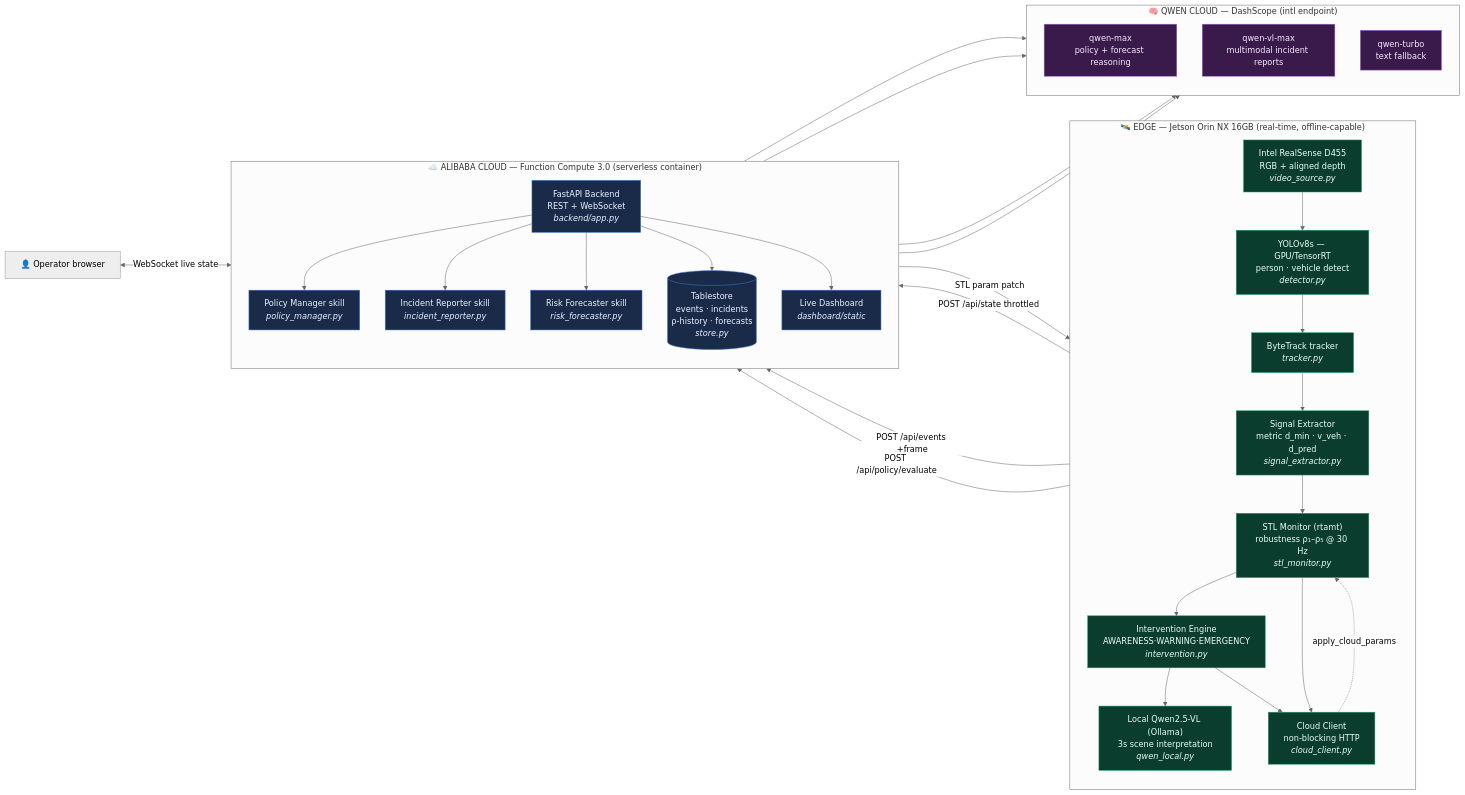
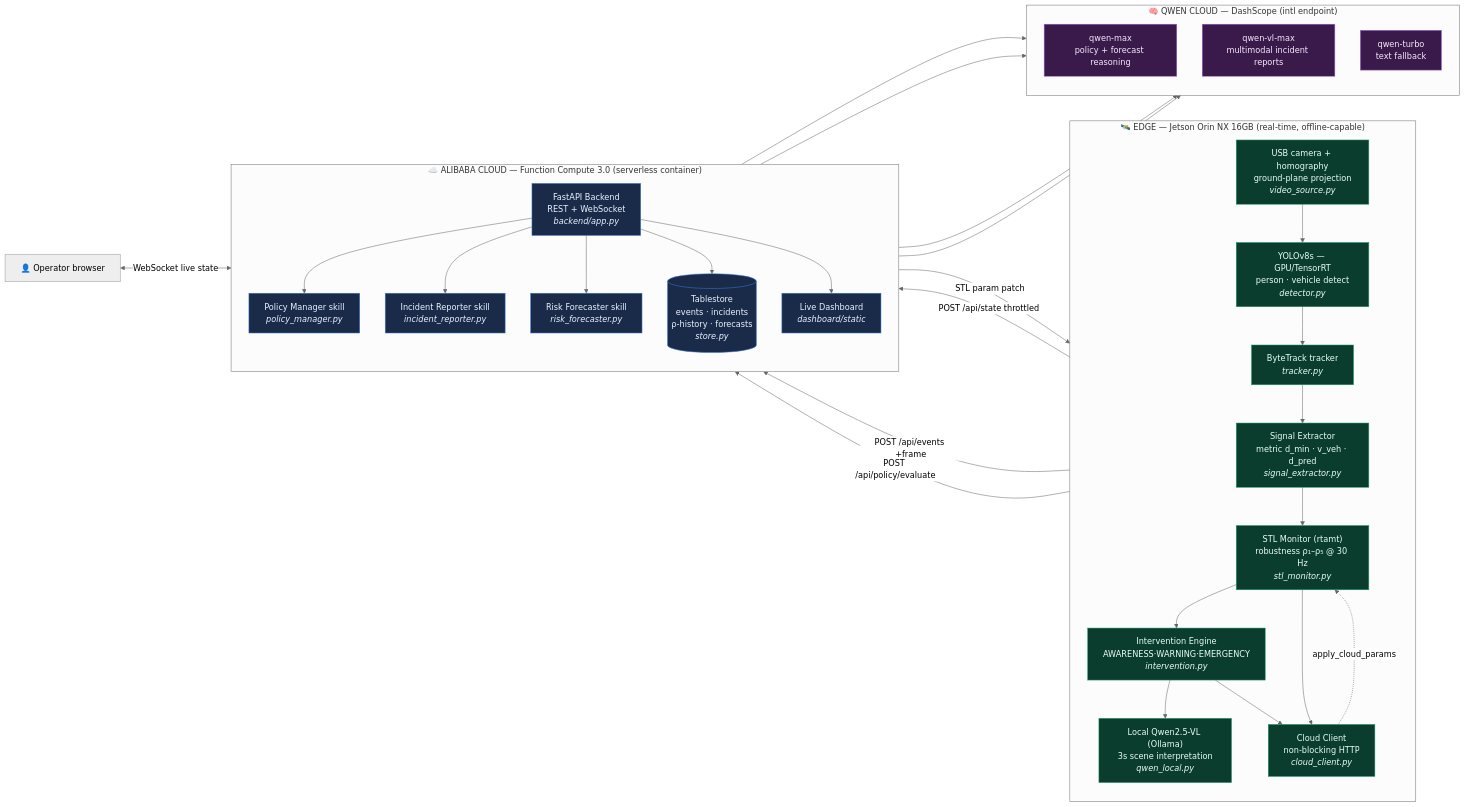
One commit to stanleyoz/safeEdge changed the first of 3 diagrams in docs/architecture.md. Above: the diagram before and after it, drawn with Mermaid (neutral theme). The commit also changed other lines of this file and 5 other files, not shown here.

First line of the commit message:
Document D455→USB camera pivot and add privacy/data-handling section

````diff
--- a/docs/architecture.md
+++ b/docs/architecture.md
@@ -16,62 +16,62 @@
 ```mermaid
 flowchart LR
     subgraph EDGE["🛰️ EDGE — Jetson Orin NX 16GB (real-time, offline-capable)"]
         direction TB
-        CAM["Intel RealSense D455<br/>RGB + aligned depth<br/><i>video_source.py</i>"]
+        CAM["USB camera + homography<br/>ground-plane projection<br/><i>video_source.py</i>"]
         DET["YOLOv8s — GPU/TensorRT<br/>person · vehicle detect<br/><i>detector.py</i>"]
         TRK["ByteTrack tracker<br/><i>tracker.py</i>"]
         SIG["Signal Extractor<br/>metric d_min · v_veh · d_pred<br/><i>signal_extractor.py</i>"]
         STL["STL Monitor (rtamt)<br/>robustness ρ₁–ρ₅ @ 30 Hz<br/><i>stl_monitor.py</i>"]
         INT["Intervention Engine<br/>AWARENESS·WARNING·EMERGENCY<br/><i>intervention.py</i>"]
         LQ["Local Qwen2.5-VL (Ollama)<br/>3s scene interpretation<br/><i>qwen_local.py</i>"]
         CC["Cloud Client<br/>non-blocking HTTP<br/><i>cloud_client.py</i>"]
 
         CAM --> DET --> TRK --> SIG --> STL --> INT
         INT --> LQ
         INT --> CC
         STL --> CC
     end
 
     subgraph ALI["☁️ ALIBABA CLOUD — Function Compute 3.0 (serverless container)"]
         direction TB
         API["FastAPI Backend<br/>REST + WebSocket<br/><i>backend/app.py</i>"]
         PM["Policy Manager skill<br/><i>policy_manager.py</i>"]
         IR["Incident Reporter skill<br/><i>incident_reporter.py</i>"]
         RF["Risk Forecaster skill<br/><i>risk_forecaster.py</i>"]
         DB[("Tablestore<br/>events · incidents<br/>ρ-history · forecasts<br/><i>store.py</i>")]
         UI["Live Dashboard<br/><i>dashboard/static</i>"]
 
         API --> PM
         API --> IR
         API --> RF
         API --> DB
         API --> UI
     end
 
     subgraph QWEN["🧠 QWEN CLOUD — DashScope (intl endpoint)"]
         direction TB
         QMAX["qwen-max<br/>policy + forecast reasoning"]
         QVL["qwen-vl-max<br/>multimodal incident reports"]
         QT["qwen-turbo<br/>text fallback"]
     end
 
     CC -->|POST /api/state throttled| API
     CC -->|POST /api/events +frame| API
     CC -->|POST /api/policy/evaluate| API
     API -->|STL param patch| CC
     CC -.->|apply_cloud_params| STL
 
     PM --> QMAX
     RF --> QMAX
     IR --> QVL
     IR --> QT
 
     BROWSER["👤 Operator browser"] <-->|WebSocket live state| UI
 
     classDef edge fill:#0b3d2e,stroke:#1f9d6b,color:#e8fff5;
     classDef ali fill:#1a2b4a,stroke:#3a7bd5,color:#eaf2ff;
     classDef qwen fill:#3a1a4a,stroke:#a05fd5,color:#f6eaff;
     class CAM,DET,TRK,SIG,STL,INT,LQ,CC edge;
     class API,PM,IR,RF,DB,UI ali;
     class QMAX,QVL,QT qwen;
 ```
````
